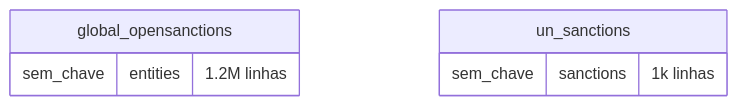
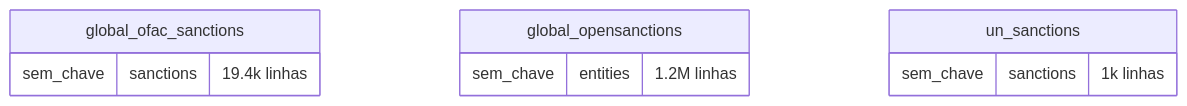
Before and after one commit to rafapolo/rodado: diagram 21 of 31 in docs/mapa/ERD.md, drawn with Mermaid. The commit also changed other lines of this file and 9 other files, not shown here.

````diff
--- a/docs/mapa/ERD.md
+++ b/docs/mapa/ERD.md
@@ -1929,9 +1928,12 @@
 ```mermaid
 erDiagram
+    global_ofac_sanctions {
+        sem_chave sanctions "19.4k linhas"
+    }
     global_opensanctions {
         sem_chave entities "1.2M linhas"
     }
     un_sanctions {
         sem_chave sanctions "1k linhas"
     }
 ```
````
